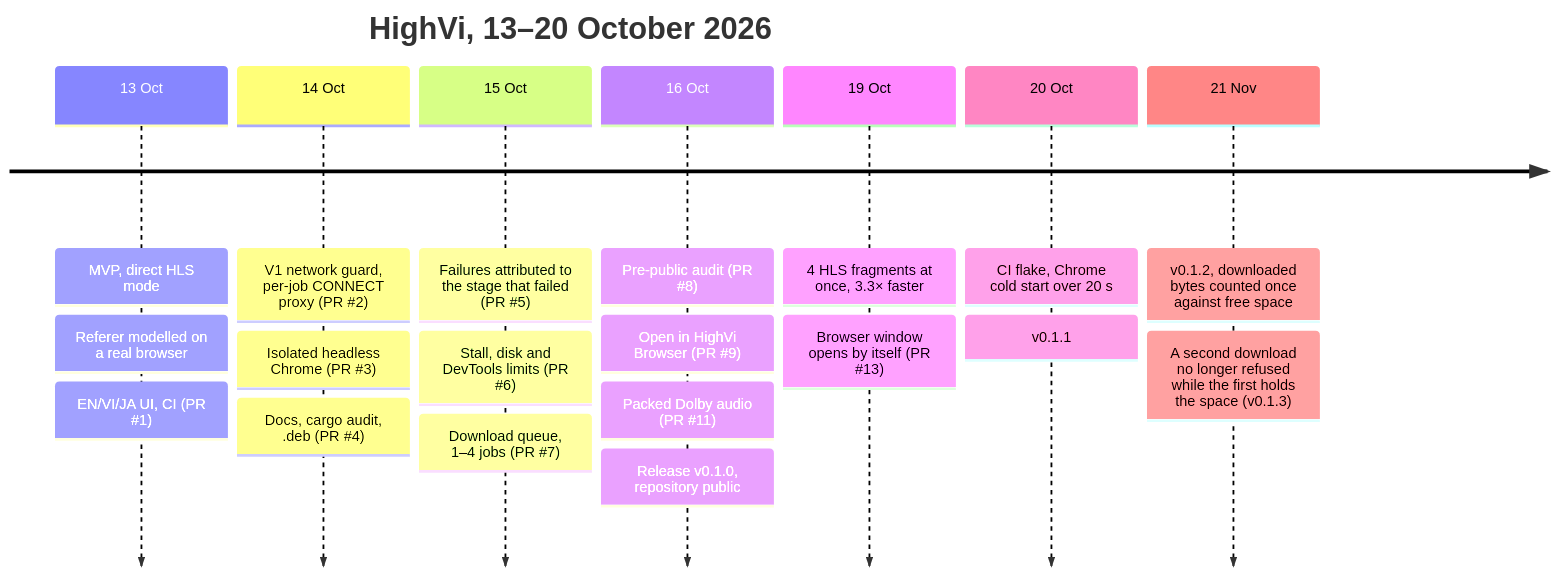
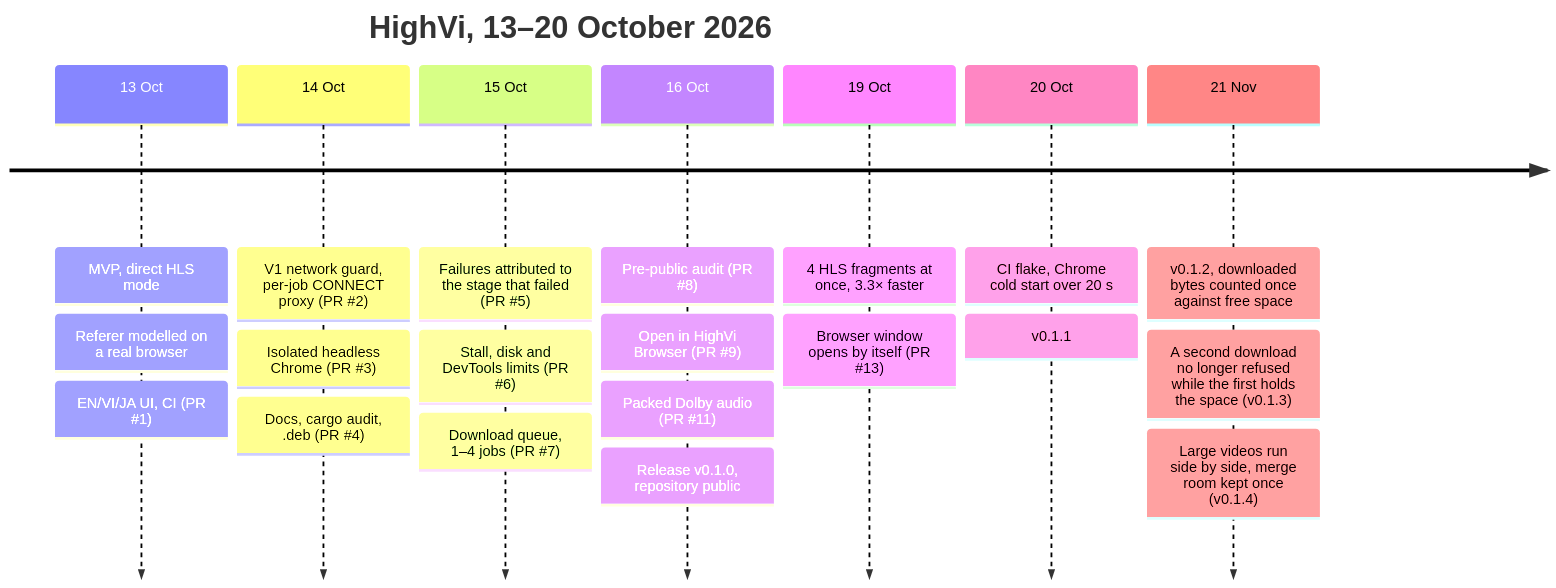
One commit to XKeviNguyen/HighVi changed the first of 11 diagrams in docs/JOURNEY.md. Above: the diagram before and after it, drawn with Mermaid. The commit also changed other lines of this file and 5 other files, not shown here.

````diff
--- a/docs/JOURNEY.md
+++ b/docs/JOURNEY.md
@@ -24,11 +24,12 @@
 ```mermaid
 timeline
   title HighVi, 13–20 October 2026
   13 Oct : MVP, direct HLS mode : Referer modelled on a real browser : EN/VI/JA UI, CI (PR #1)
   14 Oct : V1 network guard, per-job CONNECT proxy (PR #2) : Isolated headless Chrome (PR #3) : Docs, cargo audit, .deb (PR #4)
   15 Oct : Failures attributed to the stage that failed (PR #5) : Stall, disk and DevTools limits (PR #6) : Download queue, 1–4 jobs (PR #7)
   16 Oct : Pre-public audit (PR #8) : Open in HighVi Browser (PR #9) : Packed Dolby audio (PR #11) : Release v0.1.0, repository public
   19 Oct : 4 HLS fragments at once, 3.3× faster : Browser window opens by itself (PR #13)
   20 Oct : CI flake, Chrome cold start over 20 s : v0.1.1
   21 Nov : v0.1.2, downloaded bytes counted once against free space : A second download no longer refused while the first holds the space (v0.1.3)
+          : Large videos run side by side, merge room kept once (v0.1.4)
 ```
````
